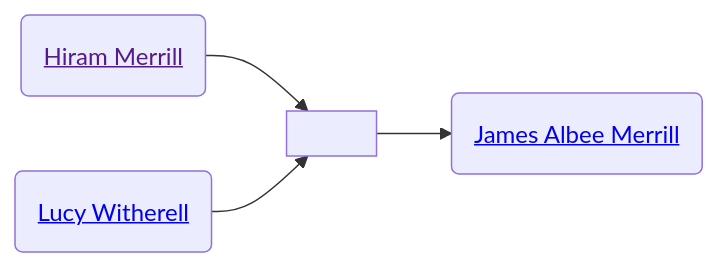
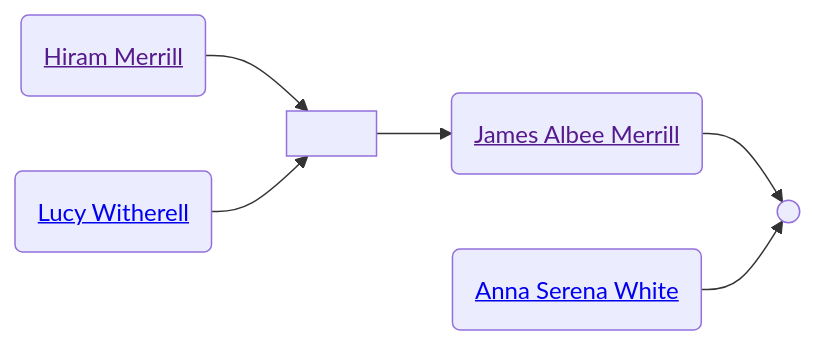
One commit to neelsmith/avocational changed the second of 2 diagrams in familyhistory/sources/people/Merrill-line/Hiram_Merrill.qmd. Above: the diagram before and after it, drawn with Mermaid. The commit also changed other lines of this file and 109 other files, not shown here.

````diff
--- a/familyhistory/sources/people/Merrill-line/Hiram_Merrill.qmd
+++ b/familyhistory/sources/people/Merrill-line/Hiram_Merrill.qmd
@@ -46,11 +46,14 @@
 ```{mermaid}
 graph LR
 class Hiram_Merrill_and_Lucy_Witherell marriage
 Hiram_Merrill(<a href=''>Hiram Merrill</>) --> Hiram_Merrill_and_Lucy_Witherell[ ]
 Lucy_Witherell(<a href='./Lucy_Witherell.html'>Lucy Witherell</>) --> Hiram_Merrill_and_Lucy_Witherell(( ))
 Hiram_Merrill_and_Lucy_Witherell[ ] --> James_Albee_Merrill(<a href='./James_Albee_Merrill.html'>James Albee Merrill</>)
+class James_Albee_Merrill_and_Anna_Serena_White marriage
+James_Albee_Merrill(<a href=''>James Albee Merrill</>) --> James_Albee_Merrill_and_Anna_Serena_White[ ]
+Anna_Serena_White(<a href='./White-line/Anna_Serena_White.html'>Anna Serena White</>) --> James_Albee_Merrill_and_Anna_Serena_White(( ))
 classDef mother fill:#ffd1dc
 classDef father fill:#daf0f7  
 classDef marriage fill:#ffffff
 
 ```
````
